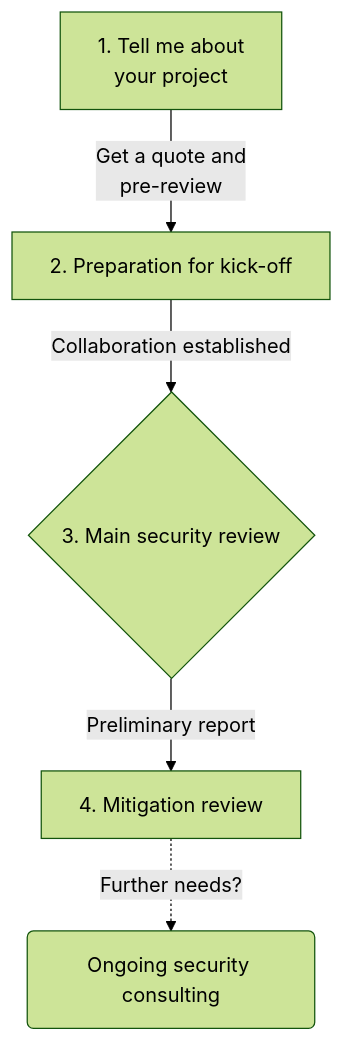
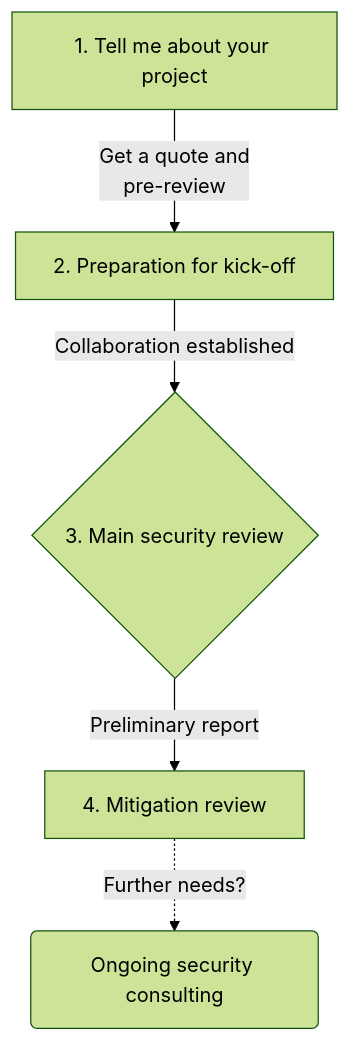
One commit to MarioPoneder/marioponeder.github.io changed the diagram in review-process.md. Above: the diagram before and after it, drawn with Mermaid (forest theme). The commit also changed 1 other file, not shown here.

Commit message:
Changed button color

````diff
--- a/review-process.md
+++ b/review-process.md
@@ -11,7 +11,7 @@
 ```mermaid
 graph TD;
-    A[1. Tell me about<br>your project]-- Get a quote and<br>pre-review -->B[2. Preparation for kick-off];
+    A[1. Tell me about your project]-- Get a quote and<br>pre-review -->B[2. Preparation for kick-off];
     B--Collaboration established-->C{3. Main security review};
     C--Preliminary report-->D[4. Mitigation review];
     D-. Further needs? .->E(Ongoing security consulting);
 ```
````
